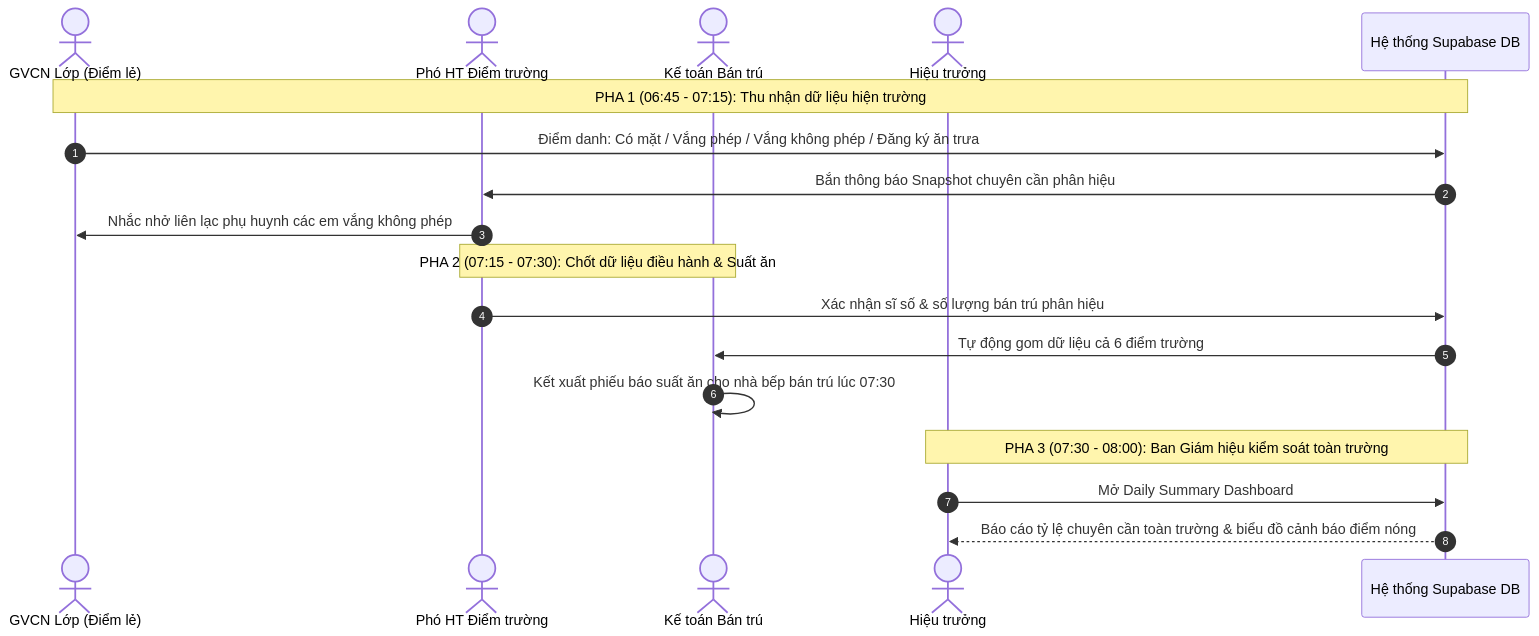
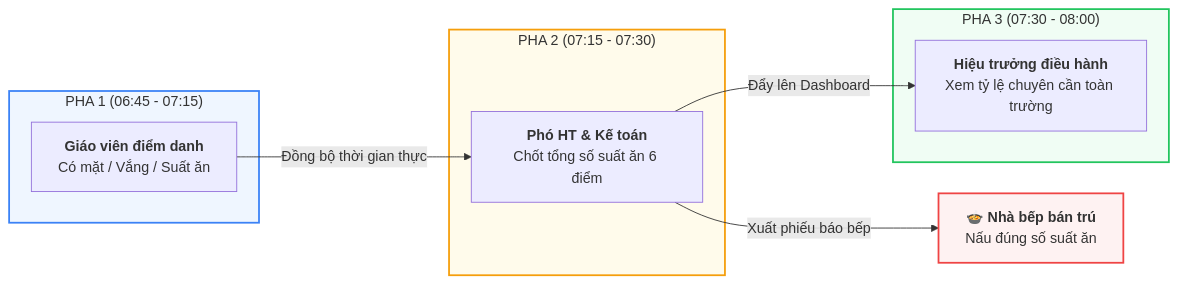
Before and after one commit to Phuc2009-c/quanlytruonghocc: the third of 6 diagrams in THUYET_MINH_VIBE_CODING_WORKFLOW_LOGIC.md, drawn with Mermaid. The commit also changed other lines of this file, not shown here.

````diff
--- a/THUYET_MINH_VIBE_CODING_WORKFLOW_LOGIC.md
+++ b/THUYET_MINH_VIBE_CODING_WORKFLOW_LOGIC.md
@@ -159,23 +165,24 @@
 ```mermaid
-sequenceDiagram
-    autonumber
-    actor GV as GVCN Lớp (Điểm lẻ)
-    actor PHT as Phó HT Điểm trường
-    actor KT as Kế toán Bán trú
-    actor HT as Hiệu trưởng
-    participant Sys as Hệ thống Supabase DB
+graph LR
+    %% 3 Pha tuyến tính
+    subgraph P1 ["PHA 1 (06:45 - 07:15)"]
+        G1["<b>Giáo viên điểm danh</b><br/>Có mặt / Vắng / Suất ăn"]
+    end
 
-    Note over GV,Sys: PHA 1 (06:45 - 07:15): Thu nhận dữ liệu hiện trường
-    GV->>Sys: Điểm danh: Có mặt / Vắng phép / Vắng không phép / Đăng ký ăn trưa
-    Sys->>PHT: Bắn thông báo Snapshot chuyên cần phân hiệu
-    PHT->>GV: Nhắc nhở liên lạc phụ huynh các em vắng không phép
+    subgraph P2 ["PHA 2 (07:15 - 07:30)"]
+        G2["<b>Phó HT & Kế toán</b><br/>Chốt tổng số suất ăn 6 điểm"]
+    end
 
-    Note over PHT,KT: PHA 2 (07:15 - 07:30): Chốt dữ liệu điều hành & Suất ăn
-    PHT->>Sys: Xác nhận sĩ số & số lượng bán trú phân hiệu
-    Sys->>KT: Tự động gom dữ liệu cả 6 điểm trường
-    KT->>KT: Kết xuất phiếu báo suất ăn cho nhà bếp bán trú lúc 07:30
+    subgraph P3 ["PHA 3 (07:30 - 08:00)"]
+        G3["<b>Hiệu trưởng điều hành</b><br/>Xem tỷ lệ chuyên cần toàn trường"]
+    end
 
-    Note over HT,Sys: PHA 3 (07:30 - 08:00): Ban Giám hiệu kiểm soát toàn trường
-    HT->>Sys: Mở Daily Summary Dashboard
-    Sys-->>HT: Báo cáo tỷ lệ chuyên cần toàn trường & biểu đồ cảnh báo điểm nóng
+    G1 -->|"Đồng bộ thời gian thực"| G2
+    G2 -->|"Xuất phiếu báo bếp"| Bep["<b>🍲 Nhà bếp bán trú</b><br/>Nấu đúng số suất ăn"]
+    G2 -->|"Đẩy lên Dashboard"| G3
+
+    style P1 fill:#eff6ff,stroke:#3b82f6,stroke-width:2px
+    style P2 fill:#fffbeb,stroke:#f59e0b,stroke-width:2px
+    style P3 fill:#f0fdf4,stroke:#22c55e,stroke-width:2px
+    style Bep fill:#fef2f2,stroke:#ef4444,stroke-width:2px
 ```
````
